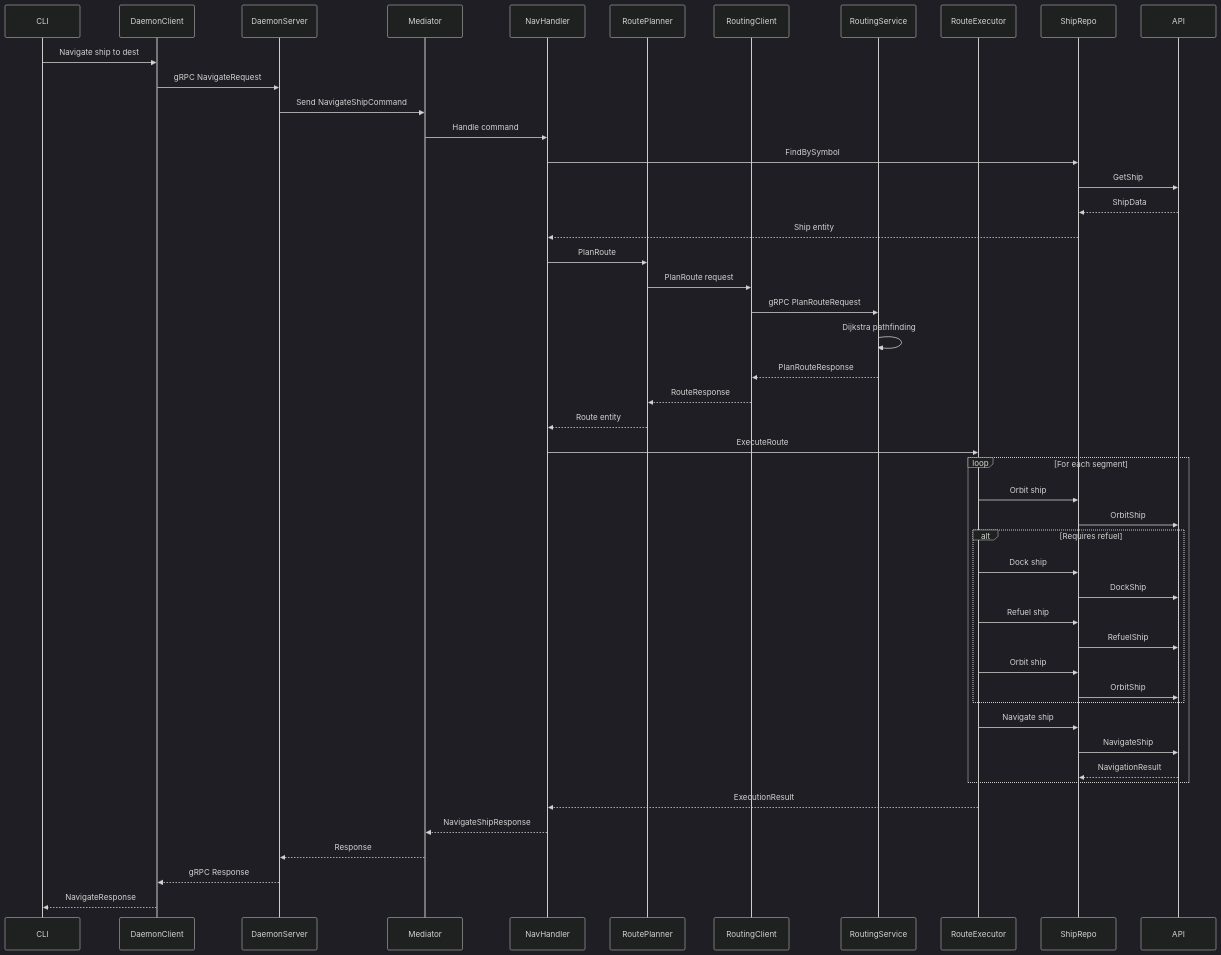
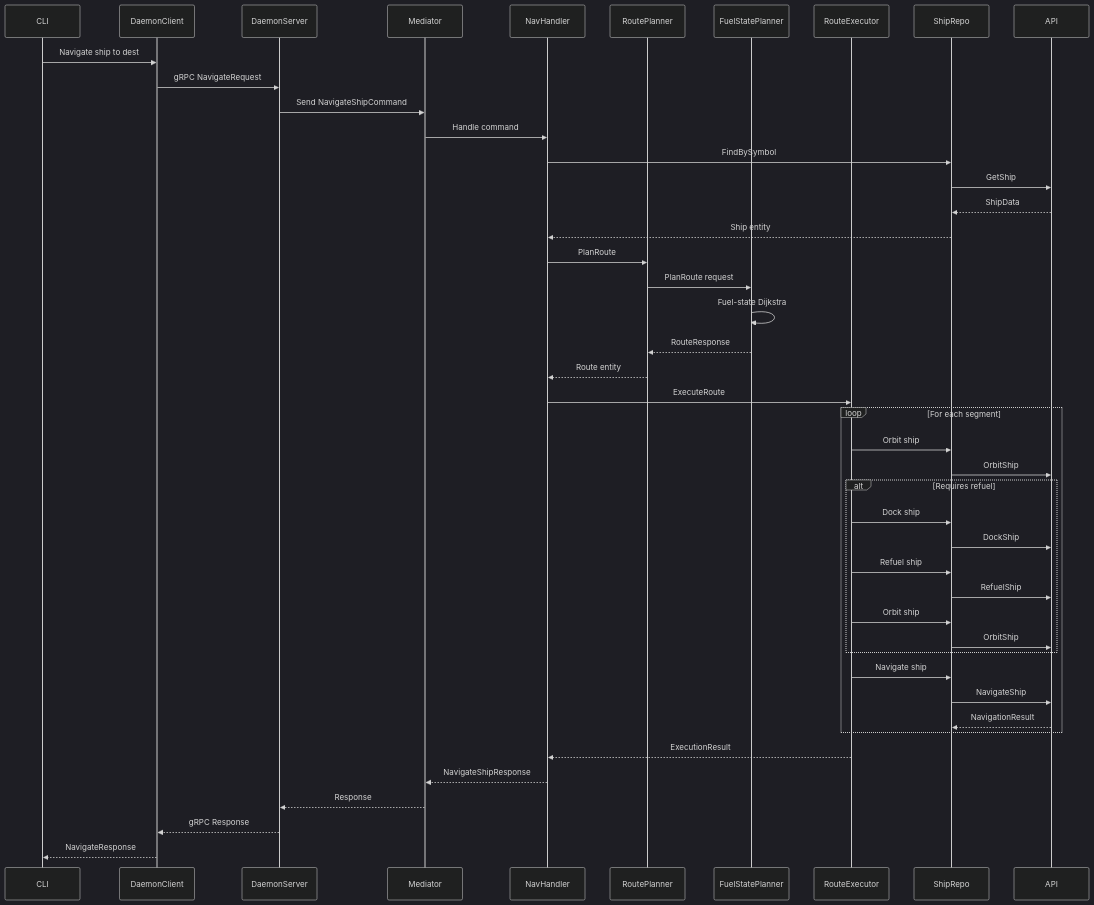
One commit to acdtunes/spacetraders changed diagram 18 of 23 in gobot/docs/ARCHITECTURE.md. Above: the diagram before and after it, drawn with Mermaid (dark theme). The commit also changed other lines of this file and 20 other files, not shown here.

Commit message:
feat(routing): plan routes in-process and retire the PlanRoute RPC (sp-wwlhb)

````diff
--- a/gobot/docs/ARCHITECTURE.md
+++ b/gobot/docs/ARCHITECTURE.md
@@ -855,58 +841,55 @@
 ```mermaid
 sequenceDiagram
     participant CLI
     participant DC as DaemonClient
     participant DS as DaemonServer
     participant Med as Mediator
     participant NH as NavHandler
     participant RP as RoutePlanner
-    participant RC as RoutingClient
-    participant RS as RoutingService
+    participant FP as FuelStatePlanner
     participant RE as RouteExecutor
     participant SR as ShipRepo
     participant API
 
     CLI->>DC: Navigate ship to dest
     DC->>DS: gRPC NavigateRequest
     DS->>Med: Send NavigateShipCommand
     Med->>NH: Handle command
 
     NH->>SR: FindBySymbol
     SR->>API: GetShip
     API-->>SR: ShipData
     SR-->>NH: Ship entity
 
     NH->>RP: PlanRoute
-    RP->>RC: PlanRoute request
-    RC->>RS: gRPC PlanRouteRequest
-    RS->>RS: Dijkstra pathfinding
-    RS-->>RC: PlanRouteResponse
-    RC-->>RP: RouteResponse
+    RP->>FP: PlanRoute request
+    FP->>FP: Fuel-state Dijkstra
+    FP-->>RP: RouteResponse
     RP-->>NH: Route entity
 
     NH->>RE: ExecuteRoute
 
     loop For each segment
         RE->>SR: Orbit ship
         SR->>API: OrbitShip
 
         alt Requires refuel
             RE->>SR: Dock ship
             SR->>API: DockShip
             RE->>SR: Refuel ship
             SR->>API: RefuelShip
             RE->>SR: Orbit ship
             SR->>API: OrbitShip
         end
 
         RE->>SR: Navigate ship
         SR->>API: NavigateShip
         API-->>SR: NavigationResult
     end
 
     RE-->>NH: ExecutionResult
     NH-->>Med: NavigateShipResponse
     Med-->>DS: Response
     DS-->>DC: gRPC Response
     DC-->>CLI: NavigateResponse
 ```
````
